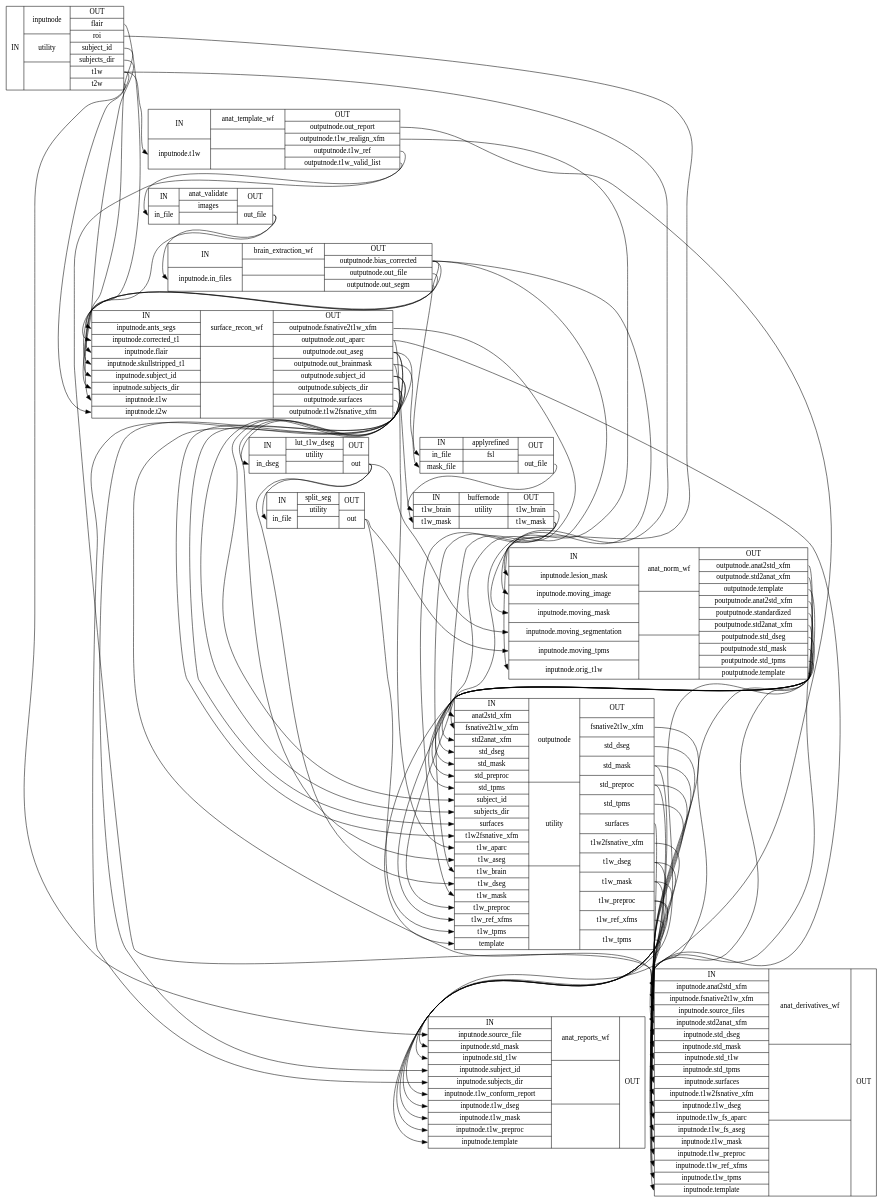
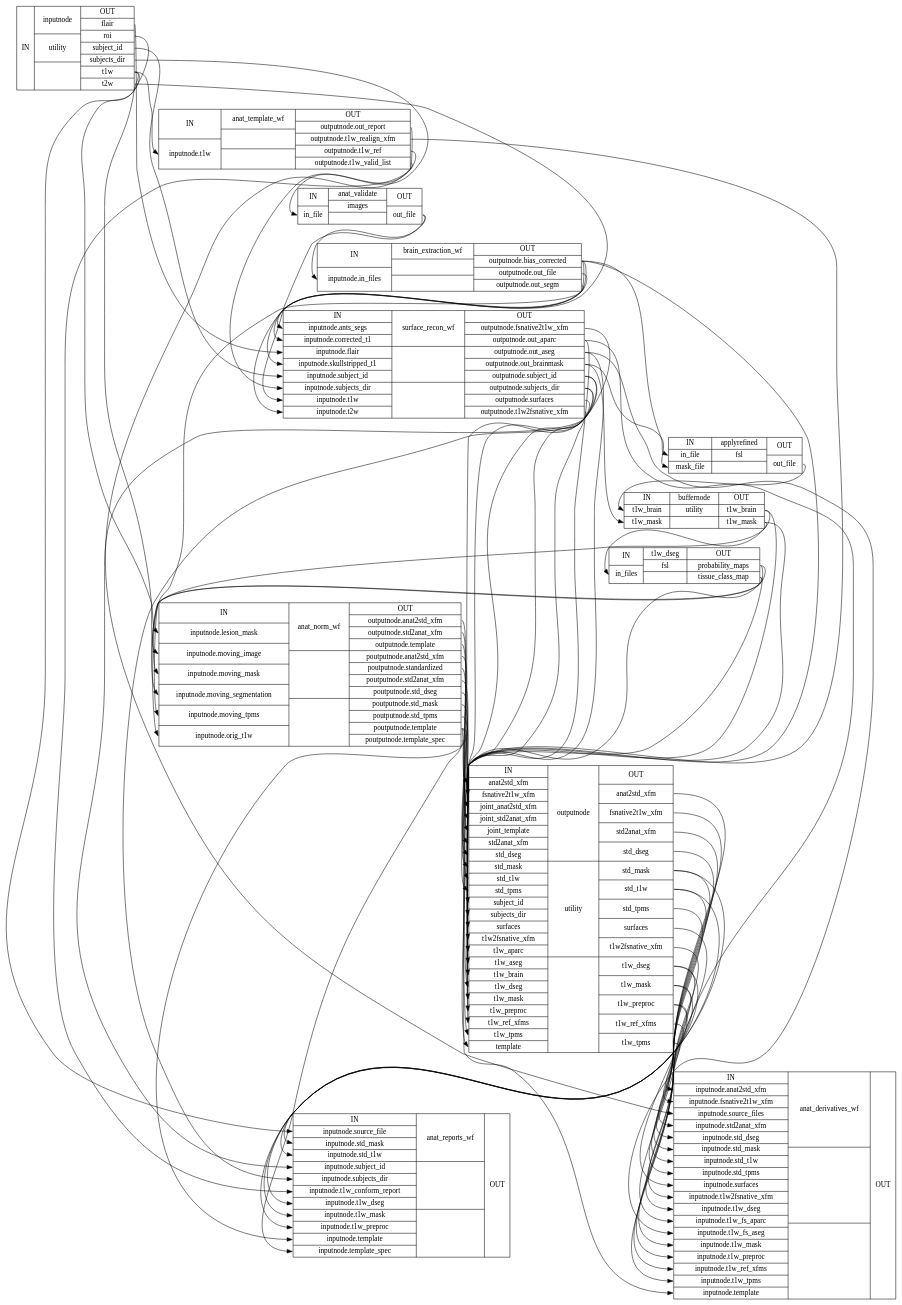
Before and after one commit to nuKs/smriprep: the diagram in maint_0.5.x/wf_directive/api/anat_preproc_wf/smriprep-workflows-anatomical-1_detailed.dot, drawn with Graphviz. The commit also changed 2798 other files, not shown here.

```diff
--- a/maint_0.5.x/wf_directive/api/anat_preproc_wf/smriprep-workflows-anatomical-1_detailed.dot
+++ b/maint_0.5.x/wf_directive/api/anat_preproc_wf/smriprep-workflows-anatomical-1_detailed.dot
@@ -5,25 +5,26 @@
 anat_preproc_wfanat_validate [label="{IN|<ininfile> in_file}|{ anat_validate | images |  }|{OUT|<outoutfile> out_file}"];
 anat_preproc_wfbrain_extraction_wf [label="{IN|<ininputnodeinfiles> inputnode.in_files}|{ brain_extraction_wf |  |  }|{OUT|<outoutputnodebiascorrected> outputnode.bias_corrected|<outoutputnodeoutfile> outputnode.out_file|<outoutputnodeoutsegm> outputnode.out_segm}"];
 anat_preproc_wfsurface_recon_wf [label="{IN|<ininputnodeantssegs> inputnode.ants_segs|<ininputnodecorrectedt1> inputnode.corrected_t1|<ininputnodeflair> inputnode.flair|<ininputnodeskullstrippedt1> inputnode.skullstripped_t1|<ininputnodesubjectid> inputnode.subject_id|<ininputnodesubjectsdir> inputnode.subjects_dir|<ininputnodet1w> inputnode.t1w|<ininputnodet2w> inputnode.t2w}|{ surface_recon_wf |  |  }|{OUT|<outoutputnodefsnative2t1wxfm> outputnode.fsnative2t1w_xfm|<outoutputnodeoutaparc> outputnode.out_aparc|<outoutputnodeoutaseg> outputnode.out_aseg|<outoutputnodeoutbrainmask> outputnode.out_brainmask|<outoutputnodesubjectid> outputnode.subject_id|<outoutputnodesubjectsdir> outputnode.subjects_dir|<outoutputnodesurfaces> outputnode.surfaces|<outoutputnodet1w2fsnativexfm> outputnode.t1w2fsnative_xfm}"];
-anat_preproc_wflut_t1w_dseg [label="{IN|<inindseg> in_dseg}|{ lut_t1w_dseg | utility |  }|{OUT|<outout> out}"];
-anat_preproc_wfsplit_seg [label="{IN|<ininfile> in_file}|{ split_seg | utility |  }|{OUT|<outout> out}"];
 anat_preproc_wfapplyrefined [label="{IN|<ininfile> in_file|<inmaskfile> mask_file}|{ applyrefined | fsl |  }|{OUT|<outoutfile> out_file}"];
 anat_preproc_wfbuffernode [label="{IN|<int1wbrain> t1w_brain|<int1wmask> t1w_mask}|{ buffernode | utility |  }|{OUT|<outt1wbrain> t1w_brain|<outt1wmask> t1w_mask}"];
-anat_preproc_wfanat_norm_wf [label="{IN|<ininputnodelesionmask> inputnode.lesion_mask|<ininputnodemovingimage> inputnode.moving_image|<ininputnodemovingmask> inputnode.moving_mask|<ininputnodemovingsegmentation> inputnode.moving_segmentation|<ininputnodemovingtpms> inputnode.moving_tpms|<ininputnodeorigt1w> inputnode.orig_t1w}|{ anat_norm_wf |  |  }|{OUT|<outoutputnodeanat2stdxfm> outputnode.anat2std_xfm|<outoutputnodestd2anatxfm> outputnode.std2anat_xfm|<outoutputnodetemplate> outputnode.template|<outpoutputnodeanat2stdxfm> poutputnode.anat2std_xfm|<outpoutputnodestandardized> poutputnode.standardized|<outpoutputnodestd2anatxfm> poutputnode.std2anat_xfm|<outpoutputnodestddseg> poutputnode.std_dseg|<outpoutputnodestdmask> poutputnode.std_mask|<outpoutputnodestdtpms> poutputnode.std_tpms|<outpoutputnodetemplate> poutputnode.template}"];
-anat_preproc_wfoutputnode [label="{IN|<inanat2stdxfm> anat2std_xfm|<infsnative2t1wxfm> fsnative2t1w_xfm|<instd2anatxfm> std2anat_xfm|<instddseg> std_dseg|<instdmask> std_mask|<instdpreproc> std_preproc|<instdtpms> std_tpms|<insubjectid> subject_id|<insubjectsdir> subjects_dir|<insurfaces> surfaces|<int1w2fsnativexfm> t1w2fsnative_xfm|<int1waparc> t1w_aparc|<int1waseg> t1w_aseg|<int1wbrain> t1w_brain|<int1wdseg> t1w_dseg|<int1wmask> t1w_mask|<int1wpreproc> t1w_preproc|<int1wrefxfms> t1w_ref_xfms|<int1wtpms> t1w_tpms|<intemplate> template}|{ outputnode | utility |  }|{OUT|<outfsnative2t1wxfm> fsnative2t1w_xfm|<outstddseg> std_dseg|<outstdmask> std_mask|<outstdpreproc> std_preproc|<outstdtpms> std_tpms|<outsurfaces> surfaces|<outt1w2fsnativexfm> t1w2fsnative_xfm|<outt1wdseg> t1w_dseg|<outt1wmask> t1w_mask|<outt1wpreproc> t1w_preproc|<outt1wrefxfms> t1w_ref_xfms|<outt1wtpms> t1w_tpms}"];
+anat_preproc_wft1w_dseg [label="{IN|<ininfiles> in_files}|{ t1w_dseg | fsl |  }|{OUT|<outprobabilitymaps> probability_maps|<outtissueclassmap> tissue_class_map}"];
+anat_preproc_wfanat_norm_wf [label="{IN|<ininputnodelesionmask> inputnode.lesion_mask|<ininputnodemovingimage> inputnode.moving_image|<ininputnodemovingmask> inputnode.moving_mask|<ininputnodemovingsegmentation> inputnode.moving_segmentation|<ininputnodemovingtpms> inputnode.moving_tpms|<ininputnodeorigt1w> inputnode.orig_t1w}|{ anat_norm_wf |  |  }|{OUT|<outoutputnodeanat2stdxfm> outputnode.anat2std_xfm|<outoutputnodestd2anatxfm> outputnode.std2anat_xfm|<outoutputnodetemplate> outputnode.template|<outpoutputnodeanat2stdxfm> poutputnode.anat2std_xfm|<outpoutputnodestandardized> poutputnode.standardized|<outpoutputnodestd2anatxfm> poutputnode.std2anat_xfm|<outpoutputnodestddseg> poutputnode.std_dseg|<outpoutputnodestdmask> poutputnode.std_mask|<outpoutputnodestdtpms> poutputnode.std_tpms|<outpoutputnodetemplate> poutputnode.template|<outpoutputnodetemplatespec> poutputnode.template_spec}"];
+anat_preproc_wfoutputnode [label="{IN|<inanat2stdxfm> anat2std_xfm|<infsnative2t1wxfm> fsnative2t1w_xfm|<injointanat2stdxfm> joint_anat2std_xfm|<injointstd2anatxfm> joint_std2anat_xfm|<injointtemplate> joint_template|<instd2anatxfm> std2anat_xfm|<instddseg> std_dseg|<instdmask> std_mask|<instdt1w> std_t1w|<instdtpms> std_tpms|<insubjectid> subject_id|<insubjectsdir> subjects_dir|<insurfaces> surfaces|<int1w2fsnativexfm> t1w2fsnative_xfm|<int1waparc> t1w_aparc|<int1waseg> t1w_aseg|<int1wbrain> t1w_brain|<int1wdseg> t1w_dseg|<int1wmask> t1w_mask|<int1wpreproc> t1w_preproc|<int1wrefxfms> t1w_ref_xfms|<int1wtpms> t1w_tpms|<intemplate> template}|{ outputnode | utility |  }|{OUT|<outanat2stdxfm> anat2std_xfm|<outfsnative2t1wxfm> fsnative2t1w_xfm|<outstd2anatxfm> std2anat_xfm|<outstddseg> std_dseg|<outstdmask> std_mask|<outstdt1w> std_t1w|<outstdtpms> std_tpms|<outsurfaces> surfaces|<outt1w2fsnativexfm> t1w2fsnative_xfm|<outt1wdseg> t1w_dseg|<outt1wmask> t1w_mask|<outt1wpreproc> t1w_preproc|<outt1wrefxfms> t1w_ref_xfms|<outt1wtpms> t1w_tpms}"];
 anat_preproc_wfanat_derivatives_wf [label="{IN|<ininputnodeanat2stdxfm> inputnode.anat2std_xfm|<ininputnodefsnative2t1wxfm> inputnode.fsnative2t1w_xfm|<ininputnodesourcefiles> inputnode.source_files|<ininputnodestd2anatxfm> inputnode.std2anat_xfm|<ininputnodestddseg> inputnode.std_dseg|<ininputnodestdmask> inputnode.std_mask|<ininputnodestdt1w> inputnode.std_t1w|<ininputnodestdtpms> inputnode.std_tpms|<ininputnodesurfaces> inputnode.surfaces|<ininputnodet1w2fsnativexfm> inputnode.t1w2fsnative_xfm|<ininputnodet1wdseg> inputnode.t1w_dseg|<ininputnodet1wfsaparc> inputnode.t1w_fs_aparc|<ininputnodet1wfsaseg> inputnode.t1w_fs_aseg|<ininputnodet1wmask> inputnode.t1w_mask|<ininputnodet1wpreproc> inputnode.t1w_preproc|<ininputnodet1wrefxfms> inputnode.t1w_ref_xfms|<ininputnodet1wtpms> inputnode.t1w_tpms|<ininputnodetemplate> inputnode.template}|{ anat_derivatives_wf |  |  }|{OUT}"];
-anat_preproc_wfanat_reports_wf [label="{IN|<ininputnodesourcefile> inputnode.source_file|<ininputnodestdmask> inputnode.std_mask|<ininputnodestdt1w> inputnode.std_t1w|<ininputnodesubjectid> inputnode.subject_id|<ininputnodesubjectsdir> inputnode.subjects_dir|<ininputnodet1wconformreport> inputnode.t1w_conform_report|<ininputnodet1wdseg> inputnode.t1w_dseg|<ininputnodet1wmask> inputnode.t1w_mask|<ininputnodet1wpreproc> inputnode.t1w_preproc|<ininputnodetemplate> inputnode.template}|{ anat_reports_wf |  |  }|{OUT}"];
-anat_preproc_wfanat_norm_wf:outoutputnodeanat2stdxfm:e -> anat_preproc_wfoutputnode:inanat2stdxfm:w;
-anat_preproc_wfanat_norm_wf:outoutputnodestd2anatxfm:e -> anat_preproc_wfoutputnode:instd2anatxfm:w;
-anat_preproc_wfanat_norm_wf:outoutputnodetemplate:e -> anat_preproc_wfoutputnode:intemplate:w;
-anat_preproc_wfanat_norm_wf:outpoutputnodeanat2stdxfm:e -> anat_preproc_wfanat_derivatives_wf:ininputnodeanat2stdxfm:w;
-anat_preproc_wfanat_norm_wf:outpoutputnodestandardized:e -> anat_preproc_wfoutputnode:instdpreproc:w;
-anat_preproc_wfanat_norm_wf:outpoutputnodestd2anatxfm:e -> anat_preproc_wfanat_derivatives_wf:ininputnodestd2anatxfm:w;
+anat_preproc_wfanat_reports_wf [label="{IN|<ininputnodesourcefile> inputnode.source_file|<ininputnodestdmask> inputnode.std_mask|<ininputnodestdt1w> inputnode.std_t1w|<ininputnodesubjectid> inputnode.subject_id|<ininputnodesubjectsdir> inputnode.subjects_dir|<ininputnodet1wconformreport> inputnode.t1w_conform_report|<ininputnodet1wdseg> inputnode.t1w_dseg|<ininputnodet1wmask> inputnode.t1w_mask|<ininputnodet1wpreproc> inputnode.t1w_preproc|<ininputnodetemplate> inputnode.template|<ininputnodetemplatespec> inputnode.template_spec}|{ anat_reports_wf |  |  }|{OUT}"];
+anat_preproc_wfanat_norm_wf:outoutputnodeanat2stdxfm:e -> anat_preproc_wfoutputnode:injointanat2stdxfm:w;
+anat_preproc_wfanat_norm_wf:outoutputnodestd2anatxfm:e -> anat_preproc_wfoutputnode:injointstd2anatxfm:w;
+anat_preproc_wfanat_norm_wf:outoutputnodetemplate:e -> anat_preproc_wfoutputnode:injointtemplate:w;
+anat_preproc_wfanat_norm_wf:outpoutputnodeanat2stdxfm:e -> anat_preproc_wfoutputnode:inanat2stdxfm:w;
+anat_preproc_wfanat_norm_wf:outpoutputnodestandardized:e -> anat_preproc_wfoutputnode:instdt1w:w;
+anat_preproc_wfanat_norm_wf:outpoutputnodestd2anatxfm:e -> anat_preproc_wfoutputnode:instd2anatxfm:w;
 anat_preproc_wfanat_norm_wf:outpoutputnodestddseg:e -> anat_preproc_wfoutputnode:instddseg:w;
 anat_preproc_wfanat_norm_wf:outpoutputnodestdmask:e -> anat_preproc_wfoutputnode:instdmask:w;
 anat_preproc_wfanat_norm_wf:outpoutputnodestdtpms:e -> anat_preproc_wfoutputnode:instdtpms:w;
 anat_preproc_wfanat_norm_wf:outpoutputnodetemplate:e -> anat_preproc_wfanat_derivatives_wf:ininputnodetemplate:w;
 anat_preproc_wfanat_norm_wf:outpoutputnodetemplate:e -> anat_preproc_wfanat_reports_wf:ininputnodetemplate:w;
+anat_preproc_wfanat_norm_wf:outpoutputnodetemplate:e -> anat_preproc_wfoutputnode:intemplate:w;
+anat_preproc_wfanat_norm_wf:outpoutputnodetemplatespec:e -> anat_preproc_wfanat_reports_wf:ininputnodetemplatespec:w;
 anat_preproc_wfanat_template_wf:outoutputnodeoutreport:e -> anat_preproc_wfanat_reports_wf:ininputnodet1wconformreport:w;
 anat_preproc_wfanat_template_wf:outoutputnodet1wrealignxfm:e -> anat_preproc_wfoutputnode:int1wrefxfms:w;
 anat_preproc_wfanat_template_wf:outoutputnodet1wref:e -> anat_preproc_wfanat_validate:ininfile:w;
@@ -38,6 +39,7 @@
 anat_preproc_wfbrain_extraction_wf:outoutputnodeoutfile:e -> anat_preproc_wfsurface_recon_wf:ininputnodeskullstrippedt1:w;
 anat_preproc_wfbrain_extraction_wf:outoutputnodeoutsegm:e -> anat_preproc_wfsurface_recon_wf:ininputnodeantssegs:w;
 anat_preproc_wfbuffernode:outt1wbrain:e -> anat_preproc_wfoutputnode:int1wbrain:w;
+anat_preproc_wfbuffernode:outt1wbrain:e -> anat_preproc_wft1w_dseg:ininfiles:w;
 anat_preproc_wfbuffernode:outt1wmask:e -> anat_preproc_wfanat_norm_wf:ininputnodemovingmask:w;
 anat_preproc_wfbuffernode:outt1wmask:e -> anat_preproc_wfoutputnode:int1wmask:w;
 anat_preproc_wfinputnode:outflair:e -> anat_preproc_wfsurface_recon_wf:ininputnodeflair:w;
@@ -48,15 +50,14 @@
 anat_preproc_wfinputnode:outt1w:e -> anat_preproc_wfanat_reports_wf:ininputnodesourcefile:w;
 anat_preproc_wfinputnode:outt1w:e -> anat_preproc_wfanat_template_wf:ininputnodet1w:w;
 anat_preproc_wfinputnode:outt2w:e -> anat_preproc_wfsurface_recon_wf:ininputnodet2w:w;
-anat_preproc_wflut_t1w_dseg:outout:e -> anat_preproc_wfanat_norm_wf:ininputnodemovingsegmentation:w;
-anat_preproc_wflut_t1w_dseg:outout:e -> anat_preproc_wfoutputnode:int1wdseg:w;
-anat_preproc_wflut_t1w_dseg:outout:e -> anat_preproc_wfsplit_seg:ininfile:w;
+anat_preproc_wfoutputnode:outanat2stdxfm:e -> anat_preproc_wfanat_derivatives_wf:ininputnodeanat2stdxfm:w;
 anat_preproc_wfoutputnode:outfsnative2t1wxfm:e -> anat_preproc_wfanat_derivatives_wf:ininputnodefsnative2t1wxfm:w;
+anat_preproc_wfoutputnode:outstd2anatxfm:e -> anat_preproc_wfanat_derivatives_wf:ininputnodestd2anatxfm:w;
 anat_preproc_wfoutputnode:outstddseg:e -> anat_preproc_wfanat_derivatives_wf:ininputnodestddseg:w;
 anat_preproc_wfoutputnode:outstdmask:e -> anat_preproc_wfanat_derivatives_wf:ininputnodestdmask:w;
 anat_preproc_wfoutputnode:outstdmask:e -> anat_preproc_wfanat_reports_wf:ininputnodestdmask:w;
-anat_preproc_wfoutputnode:outstdpreproc:e -> anat_preproc_wfanat_derivatives_wf:ininputnodestdt1w:w;
-anat_preproc_wfoutputnode:outstdpreproc:e -> anat_preproc_wfanat_reports_wf:ininputnodestdt1w:w;
+anat_preproc_wfoutputnode:outstdt1w:e -> anat_preproc_wfanat_derivatives_wf:ininputnodestdt1w:w;
+anat_preproc_wfoutputnode:outstdt1w:e -> anat_preproc_wfanat_reports_wf:ininputnodestdt1w:w;
 anat_preproc_wfoutputnode:outstdtpms:e -> anat_preproc_wfanat_derivatives_wf:ininputnodestdtpms:w;
 anat_preproc_wfoutputnode:outsurfaces:e -> anat_preproc_wfanat_derivatives_wf:ininputnodesurfaces:w;
 anat_preproc_wfoutputnode:outt1w2fsnativexfm:e -> anat_preproc_wfanat_derivatives_wf:ininputnodet1w2fsnativexfm:w;
@@ -68,13 +69,10 @@
 anat_preproc_wfoutputnode:outt1wpreproc:e -> anat_preproc_wfanat_reports_wf:ininputnodet1wpreproc:w;
 anat_preproc_wfoutputnode:outt1wrefxfms:e -> anat_preproc_wfanat_derivatives_wf:ininputnodet1wrefxfms:w;
 anat_preproc_wfoutputnode:outt1wtpms:e -> anat_preproc_wfanat_derivatives_wf:ininputnodet1wtpms:w;
-anat_preproc_wfsplit_seg:outout:e -> anat_preproc_wfanat_norm_wf:ininputnodemovingtpms:w;
-anat_preproc_wfsplit_seg:outout:e -> anat_preproc_wfoutputnode:int1wtpms:w;
 anat_preproc_wfsurface_recon_wf:outoutputnodefsnative2t1wxfm:e -> anat_preproc_wfoutputnode:infsnative2t1wxfm:w;
 anat_preproc_wfsurface_recon_wf:outoutputnodeoutaparc:e -> anat_preproc_wfanat_derivatives_wf:ininputnodet1wfsaparc:w;
 anat_preproc_wfsurface_recon_wf:outoutputnodeoutaparc:e -> anat_preproc_wfoutputnode:int1waparc:w;
 anat_preproc_wfsurface_recon_wf:outoutputnodeoutaseg:e -> anat_preproc_wfanat_derivatives_wf:ininputnodet1wfsaseg:w;
-anat_preproc_wfsurface_recon_wf:outoutputnodeoutaseg:e -> anat_preproc_wflut_t1w_dseg:inindseg:w;
 anat_preproc_wfsurface_recon_wf:outoutputnodeoutaseg:e -> anat_preproc_wfoutputnode:int1waseg:w;
 anat_preproc_wfsurface_recon_wf:outoutputnodeoutbrainmask:e -> anat_preproc_wfapplyrefined:inmaskfile:w;
 anat_preproc_wfsurface_recon_wf:outoutputnodeoutbrainmask:e -> anat_preproc_wfbuffernode:int1wmask:w;
@@ -84,4 +82,8 @@
 anat_preproc_wfsurface_recon_wf:outoutputnodesubjectsdir:e -> anat_preproc_wfoutputnode:insubjectsdir:w;
 anat_preproc_wfsurface_recon_wf:outoutputnodesurfaces:e -> anat_preproc_wfoutputnode:insurfaces:w;
 anat_preproc_wfsurface_recon_wf:outoutputnodet1w2fsnativexfm:e -> anat_preproc_wfoutputnode:int1w2fsnativexfm:w;
+anat_preproc_wft1w_dseg:outprobabilitymaps:e -> anat_preproc_wfanat_norm_wf:ininputnodemovingtpms:w;
+anat_preproc_wft1w_dseg:outprobabilitymaps:e -> anat_preproc_wfoutputnode:int1wtpms:w;
+anat_preproc_wft1w_dseg:outtissueclassmap:e -> anat_preproc_wfanat_norm_wf:ininputnodemovingsegmentation:w;
+anat_preproc_wft1w_dseg:outtissueclassmap:e -> anat_preproc_wfoutputnode:int1wdseg:w;
 }
```
